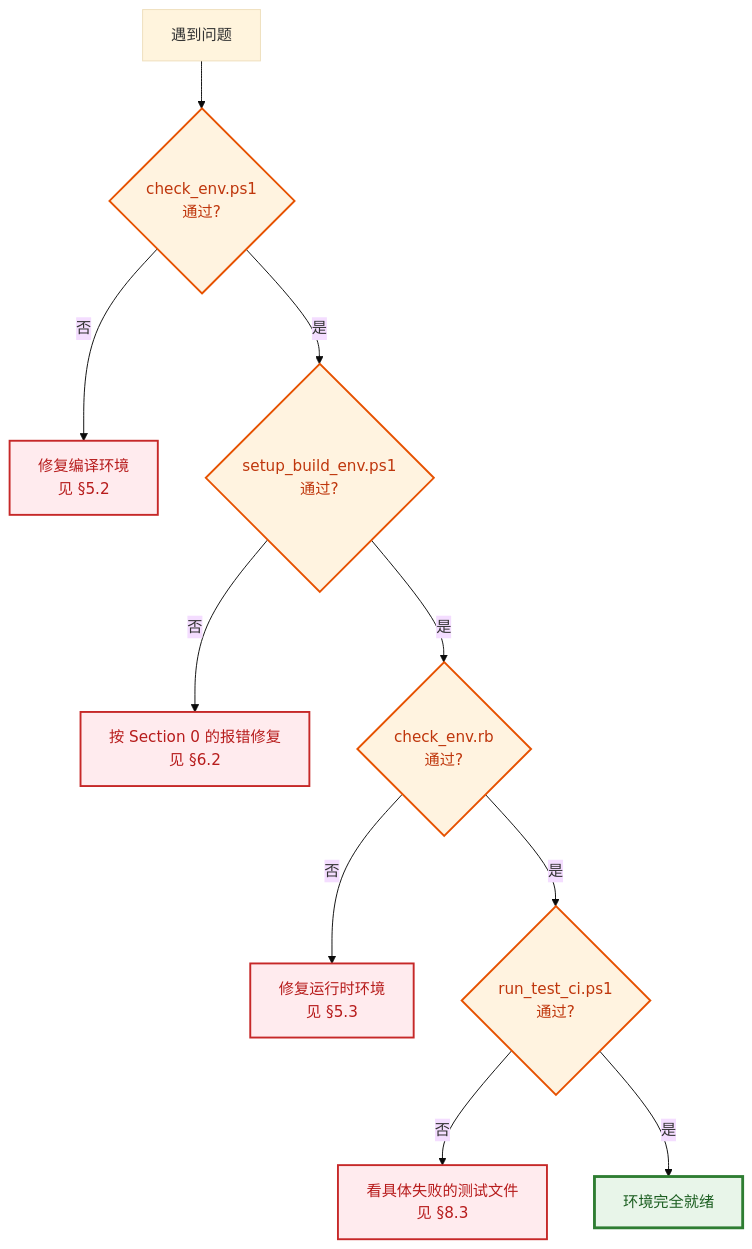
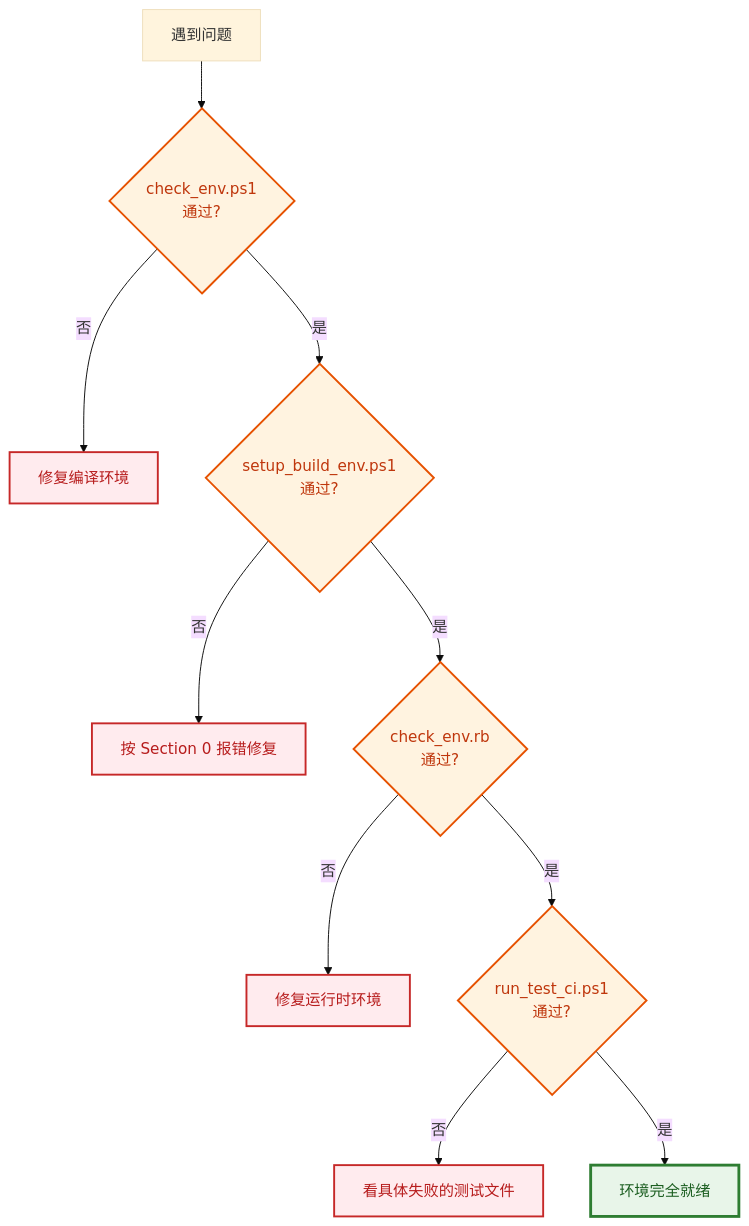
Before and after one commit to PassByYou888/LingoFuse: diagram 19 of 21 in ruby/README.md, drawn with Mermaid (base theme). The commit also changed other lines of this file and 8 other files, not shown here.

````diff
--- a/ruby/README.md
+++ b/ruby/README.md
@@ -1824,20 +1340,20 @@
 ```mermaid
 flowchart TD
     Issue["遇到问题"] --> Q1{"check_env.ps1<br/>通过?"}
-    Q1 -->|"否"| Fix1["修复编译环境<br/>见 §5.2"]
+    Q1 -->|"否"| Fix1["修复编译环境"]
     Q1 -->|"是"| Q2{"setup_build_env.ps1<br/>通过?"}
-    Q2 -->|"否"| Fix2["按 Section 0 的报错修复<br/>见 §6.2"]
+    Q2 -->|"否"| Fix2["按 Section 0 报错修复"]
     Q2 -->|"是"| Q3{"check_env.rb<br/>通过?"}
-    Q3 -->|"否"| Fix3["修复运行时环境<br/>见 §5.3"]
+    Q3 -->|"否"| Fix3["修复运行时环境"]
     Q3 -->|"是"| Q4{"run_test_ci.ps1<br/>通过?"}
-    Q4 -->|"否"| Fix4["看具体失败的测试文件<br/>见 §8.3"]
+    Q4 -->|"否"| Fix4["看具体失败的测试文件"]
     Q4 -->|"是"| OK["环境完全就绪"]
 
     classDef ok fill:#E8F5E9,stroke:#2E7D32,stroke-width:3px,color:#1B5E20
     classDef fail fill:#FFEBEE,stroke:#C62828,stroke-width:2px,color:#B71C1C
     classDef check fill:#FFF3E0,stroke:#E65100,stroke-width:2px,color:#BF360C
 
     class OK ok
     class Fix1,Fix2,Fix3,Fix4 fail
     class Q1,Q2,Q3,Q4 check
 ```
````
